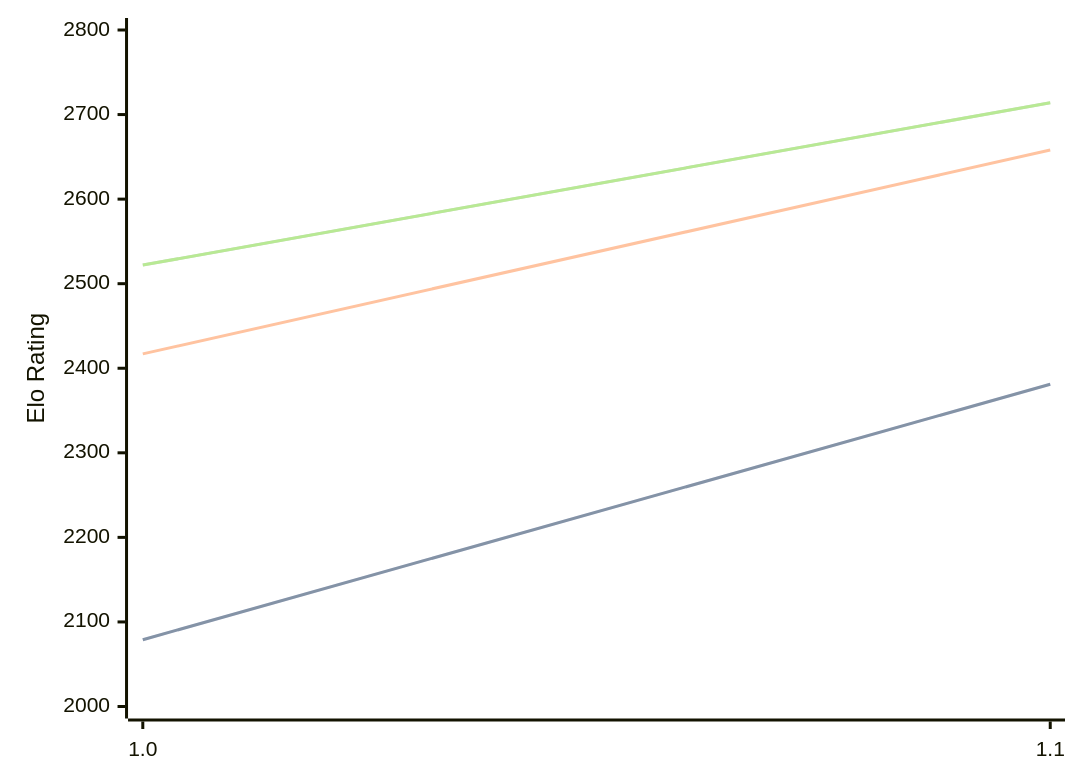
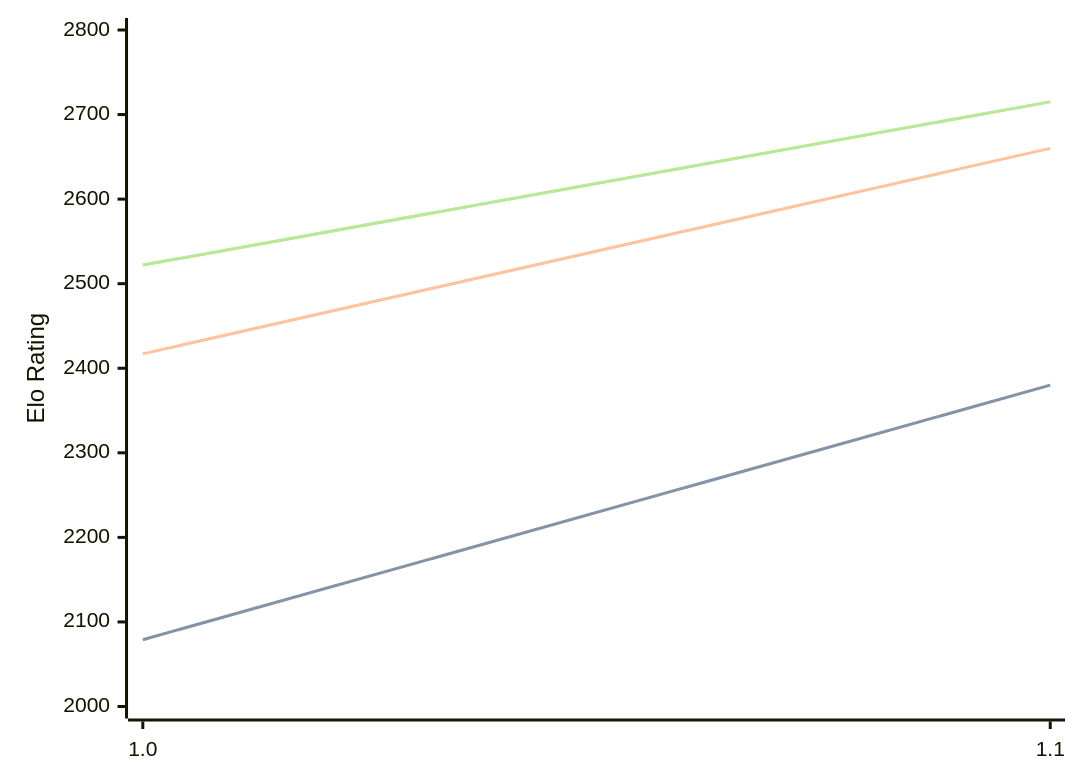
One commit to computer-chess-index/cci changed the diagram in engines/Erinn.md. Above: the diagram before and after it, drawn with Mermaid. The commit also changed other lines of this file, not shown here.

Commit message:
Update CCI Ratings (ELO VLTC) - 2026-08-03

````diff
--- a/engines/Erinn.md
+++ b/engines/Erinn.md
@@ -32,11 +32,11 @@
 ```mermaid
 %%{init: {"theme":"base","themeVariables":{"seriesColors:['#a3a3a3','#222221','#faa371']}}}%%
 xychart-beta
   x-axis ["1.0", "1.1"]
   y-axis "Elo Rating" 2000 --> 2800
-  line "STC (8.0+0.08s)" [2079, 2381]
-  line "STC (8.0+0.08s)" [2079, 2381]
-  line "LTC (60.0+0.60s)" [2417, 2658]
-  line "VLTC (2m24s+1.12s)" [2522, 2714]
-  line "VLTC (2m24s+1.12s)" [2522, 2714]
+  line "STC (8.0+0.08s)" [2079, 2380]
+  line "STC (8.0+0.08s)" [2079, 2380]
+  line "LTC (60.0+0.60s)" [2417, 2660]
+  line "VLTC (2m24s+1.12s)" [2522, 2715]
+  line "VLTC (2m24s+1.12s)" [2522, 2715]
 ```
````
